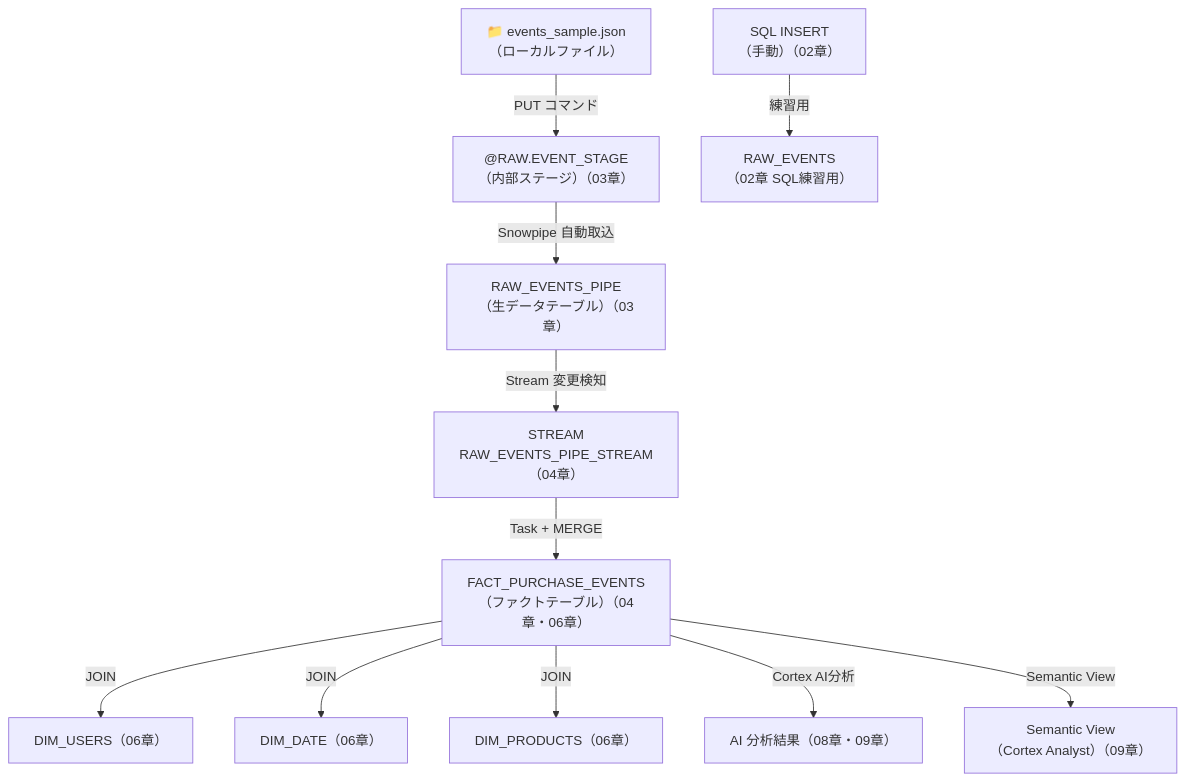
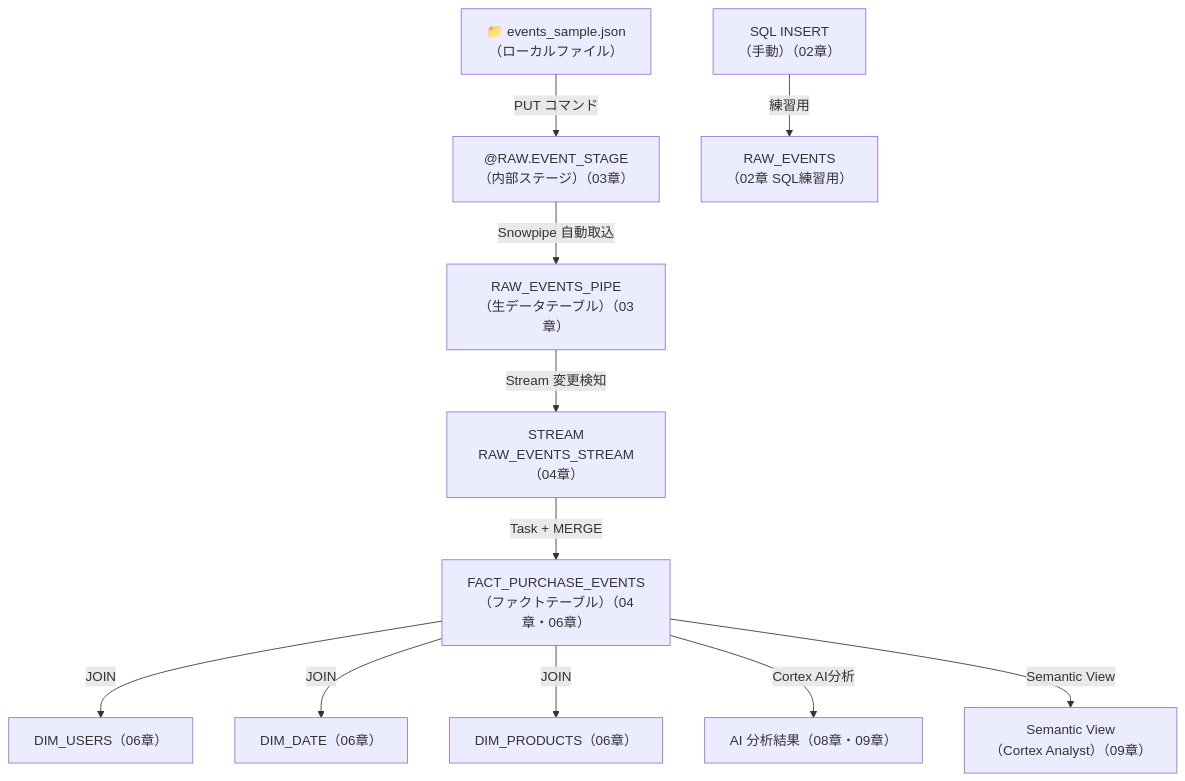
The diagram in README.md (Katsunori04/snowflake-hands-on), drawn with Mermaid before and after one commit. The commit also changed other lines of this file, not shown here.

````diff
--- a/README.md
+++ b/README.md
@@ -158,13 +161,13 @@
 ```mermaid
 flowchart TD
     A["📁 events_sample.json\n（ローカルファイル）"] -->|"PUT コマンド"| B["@RAW.EVENT_STAGE\n（内部ステージ）（03章）"]
     B -->|"Snowpipe 自動取込"| C["RAW_EVENTS_PIPE\n（生データテーブル）（03章）"]
     D["SQL INSERT\n（手動）（02章）"] -->|"練習用"| E["RAW_EVENTS\n（02章 SQL練習用）"]
-    C -->|"Stream 変更検知"| F["STREAM\nRAW_EVENTS_PIPE_STREAM（04章）"]
+    C -->|"Stream 変更検知"| F["STREAM\nRAW_EVENTS_STREAM（04章）"]
     F -->|"Task + MERGE"| G["FACT_PURCHASE_EVENTS\n（ファクトテーブル）（04章・06章）"]
     G -->|"JOIN"| H["DIM_USERS（06章）"]
     G -->|"JOIN"| I["DIM_DATE（06章）"]
     G -->|"JOIN"| J["DIM_PRODUCTS（06章）"]
     G -->|"Cortex AI分析"| K["AI 分析結果（08章・09章）"]
     G -->|"Semantic View"| L["Semantic View\n（Cortex Analyst）（09章）"]
 ```
````
